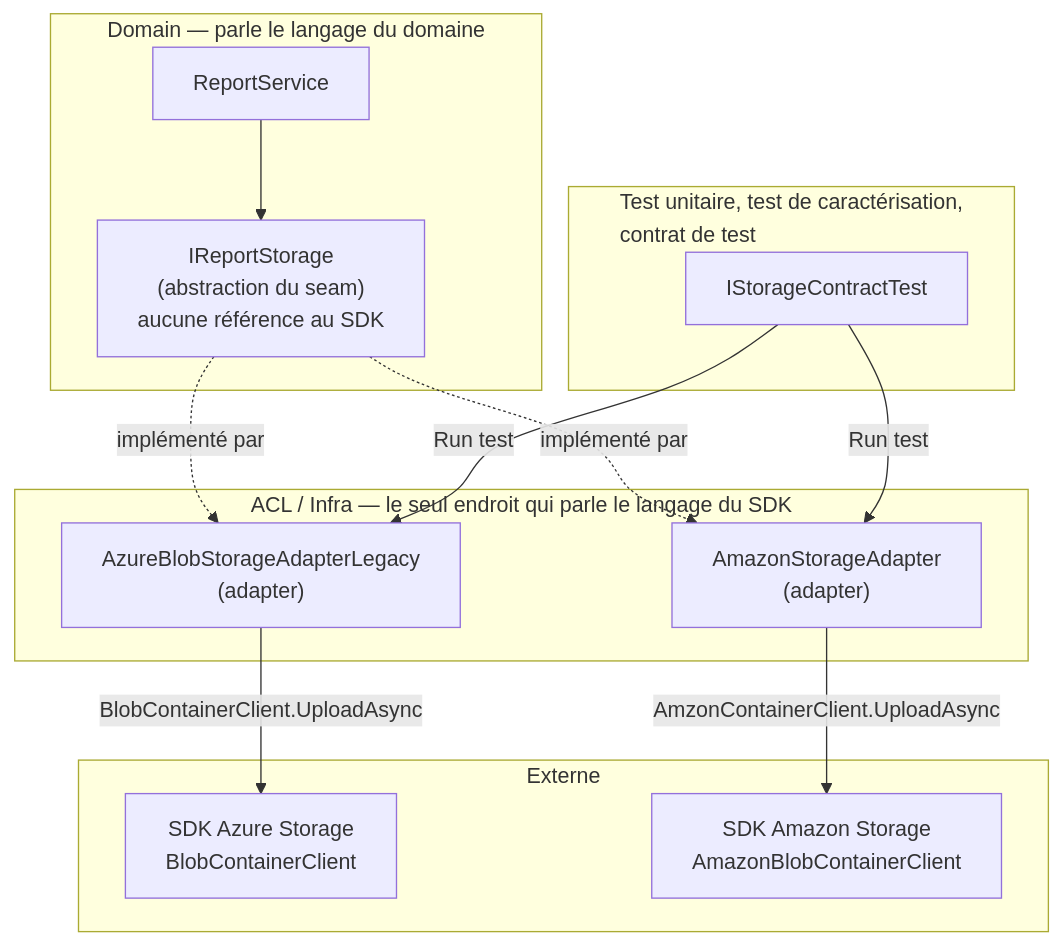
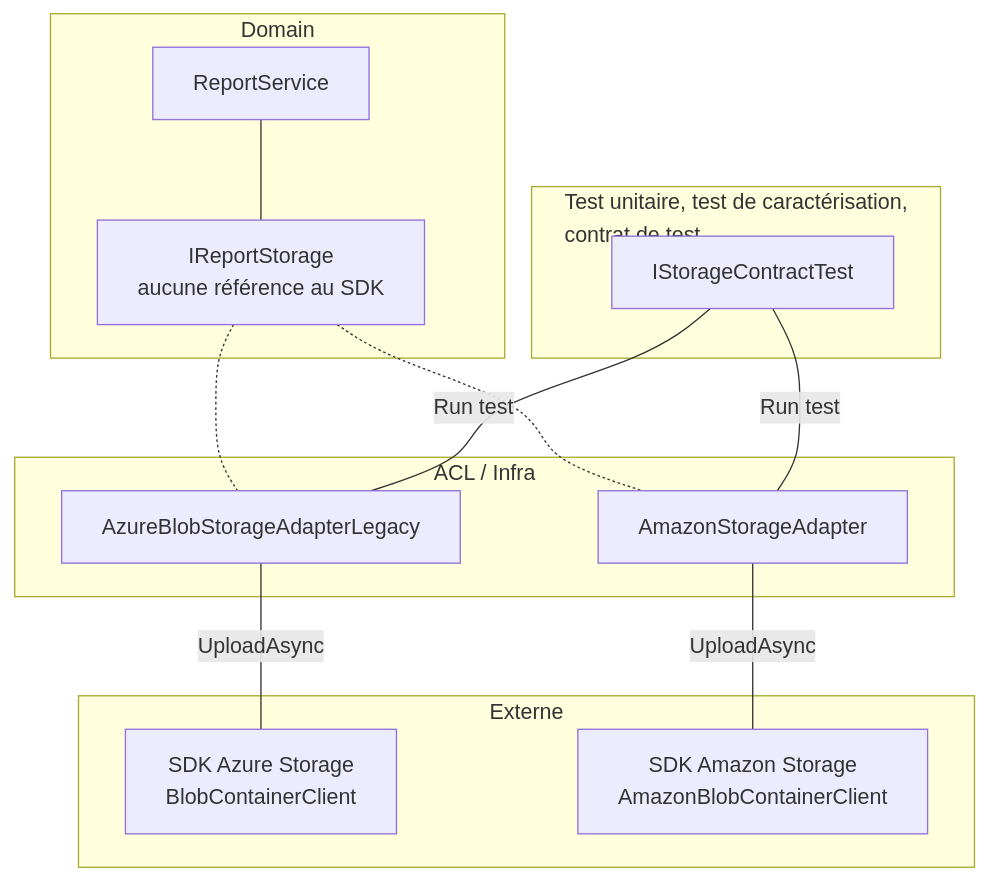
Before and after one commit to nono26/MeetupNugetDependence: the third of 4 diagrams in 4.migration/readme.md, drawn with Mermaid. The commit also changed other lines of this file and 16 other files, not shown here.

````diff
--- a/4.migration/readme.md
+++ b/4.migration/readme.md
@@ -49,32 +50,32 @@
 ```mermaid
     flowchart TB
-    subgraph domain["Domain — parle le langage du domaine"]
+    subgraph domain["Domain"]
         RS["ReportService"]
-        IRS["IReportStorage<br/>(abstraction du seam)<br/>aucune référence au SDK"]
+        IRS["IReportStorage<br/>aucune référence au SDK"]
     end
 
-    subgraph acl["ACL / Infra — le seul endroit qui parle le langage du SDK"]
-        ADP["AzureBlobStorageAdapterLegacy<br/>(adapter)"]
-        SNI["AmazonStorageAdapter<br/>(adapter)"]
+    subgraph acl["ACL / Infra"]
+        ADP["AzureBlobStorageAdapterLegacy"]
+        SNI["AmazonStorageAdapter"]
     end
 
 
     subgraph Test["Test unitaire, test de caractérisation,<br>contrat de test"]
         IStorageContractTest
     end
 
     subgraph ext["Externe"]
         SDK["SDK Azure Storage<br/>BlobContainerClient"]
         SDKA["SDK Amazon Storage<br/>AmazonBlobContainerClient"]
     end
 
-    RS -->IRS
-    IRS -.->|"implémenté par"| ADP
-    IRS -.->|"implémenté par"| SNI
-    ADP -->|"BlobContainerClient.UploadAsync"| SDK
-    SNI -->|"AmzonContainerClient.UploadAsync"| SDKA
+    RS ---IRS
+    IRS -.-ADP
+    IRS -.-SNI
+    ADP ---|"UploadAsync"| SDK
+    SNI ---|"UploadAsync"| SDKA
 
-    IStorageContractTest -->|"Run test"| ADP
-    IStorageContractTest -->|"Run test"| SNI
+    IStorageContractTest ---|"Run test"| ADP
+    IStorageContractTest ---|"Run test"| SNI
 
 ```
````
